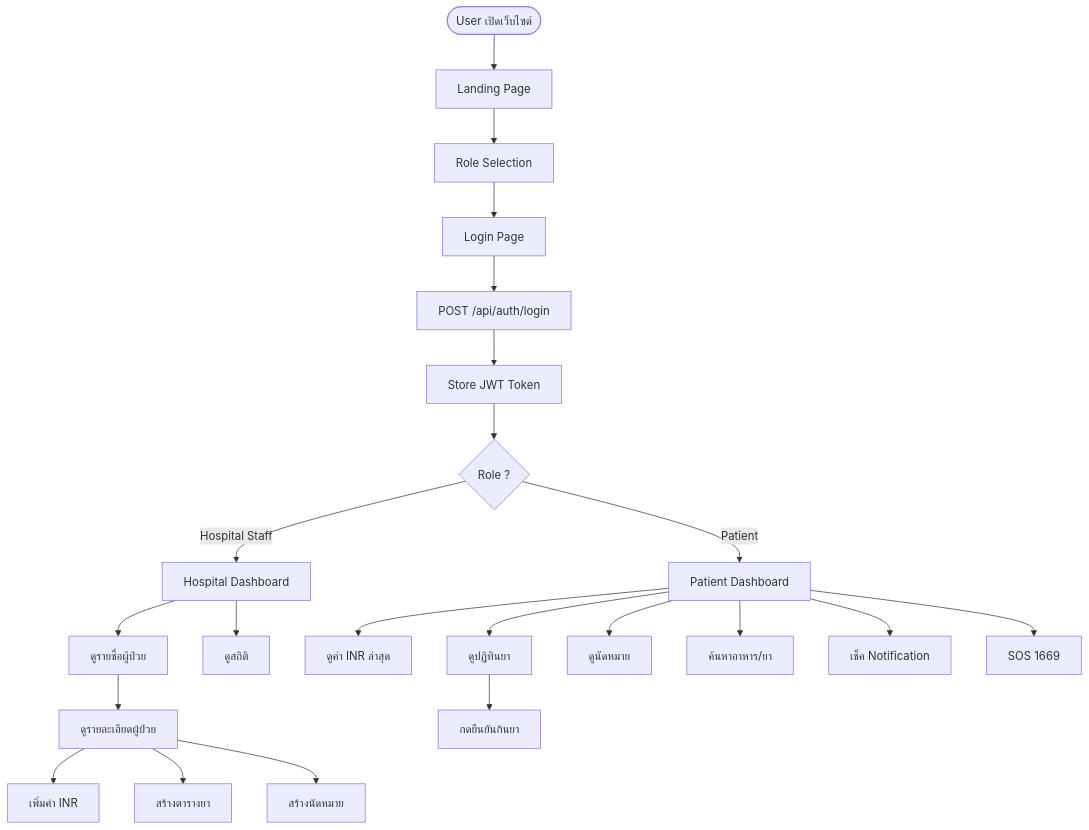
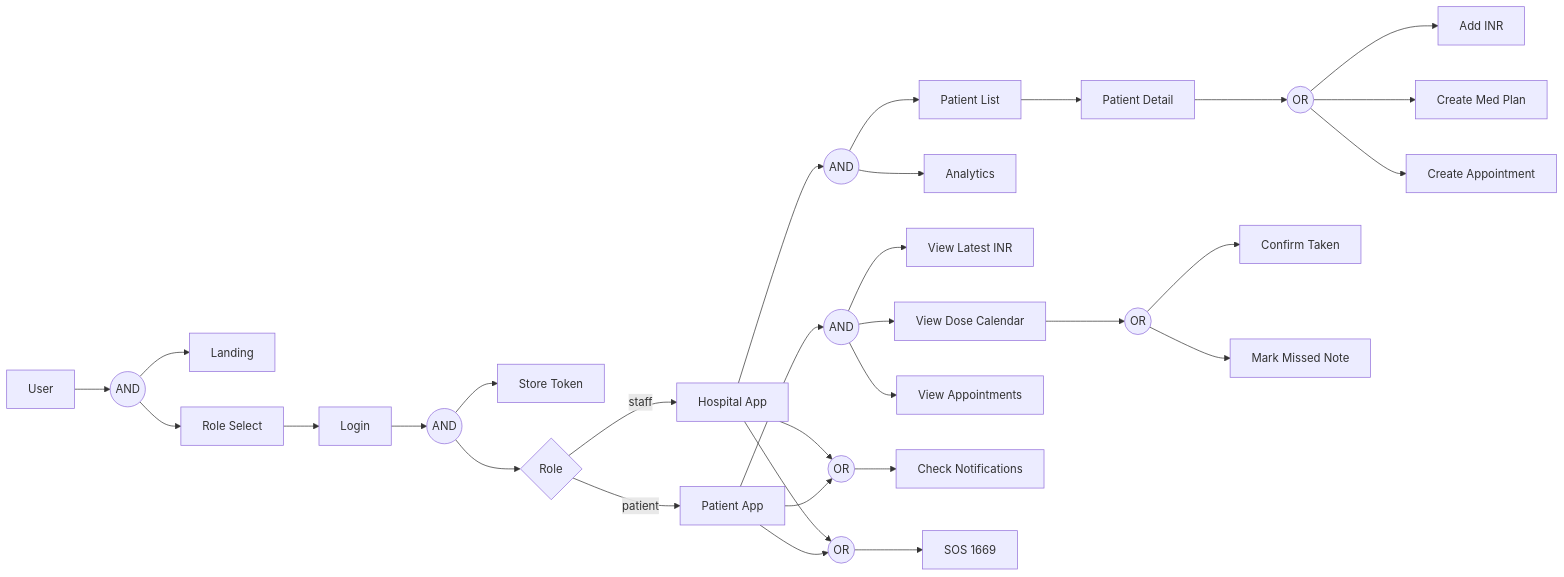
The diagram in README.md (Ohm5656/Warfarin-Care-frontend), drawn with Mermaid before and after one commit.

````diff
--- a/README.md
+++ b/README.md
@@ -14,31 +14,45 @@
 ```mermaid
-flowchart TB
+flowchart LR
 
-START([User เปิดเว็บไซต์])
-START --> LANDING[Landing Page]
-LANDING --> ROLE[Role Selection]
-ROLE --> LOGIN[Login Page]
+U[User] --> P0((AND))
+P0 --> L1[Landing]
+P0 --> R1[Role Select]
+R1 --> LG[Login]
 
-LOGIN --> AUTH_CALL[POST /api/auth/login]
-AUTH_CALL --> STORE[Store JWT Token]
+LG --> A0((AND))
+A0 --> T1[Store Token]
+A0 --> RT{Role}
 
-STORE --> ROUTE{Role ?}
+RT -->|staff| H0[Hospital App]
+RT -->|patient| P1[Patient App]
 
-ROUTE -->|Hospital Staff| HOSP_DASH[Hospital Dashboard]
-ROUTE -->|Patient| PAT_DASH[Patient Dashboard]
+%% Hospital side
+H0 --> H1((AND))
+H1 --> H2[Patient List]
+H1 --> H3[Analytics]
+H2 --> H4[Patient Detail]
 
-HOSP_DASH --> VIEW_PATIENTS[ดูรายชื่อผู้ป่วย]
-HOSP_DASH --> VIEW_ANALYTICS[ดูสถิติ]
-VIEW_PATIENTS --> PAT_DETAIL[ดูรายละเอียดผู้ป่วย]
-PAT_DETAIL --> ADD_INR[เพิ่มค่า INR]
-PAT_DETAIL --> CREATE_MED[สร้างตารางยา]
-PAT_DETAIL --> CREATE_APPT[สร้างนัดหมาย]
+H4 --> H5((OR))
+H5 --> H6[Add INR]
+H5 --> H7[Create Med Plan]
+H5 --> H8[Create Appointment]
 
-PAT_DASH --> VIEW_INR[ดูค่า INR ล่าสุด]
-PAT_DASH --> VIEW_CAL[ดูปฏิทินยา]
-PAT_DASH --> VIEW_APPT[ดูนัดหมาย]
-VIEW_CAL --> CONFIRM_MED[กดยืนยันกินยา]
-PAT_DASH --> SAFETY[ค้นหาอาหาร/ยา]
-PAT_DASH --> NOTI_CHECK[เช็ค Notification]
-PAT_DASH --> SOS[SOS 1669]
+%% Patient side
+P1 --> P2((AND))
+P2 --> P3[View Latest INR]
+P2 --> P4[View Dose Calendar]
+P2 --> P5[View Appointments]
+
+P4 --> P6((OR))
+P6 --> P7[Confirm Taken]
+P6 --> P8[Mark Missed Note]
+
+%% Shared
+H0 --> N0((OR))
+P1 --> N0
+N0 --> N1[Check Notifications]
+
+H0 --> S0((OR))
+P1 --> S0
+S0 --> S1[SOS 1669]
 ```
````
